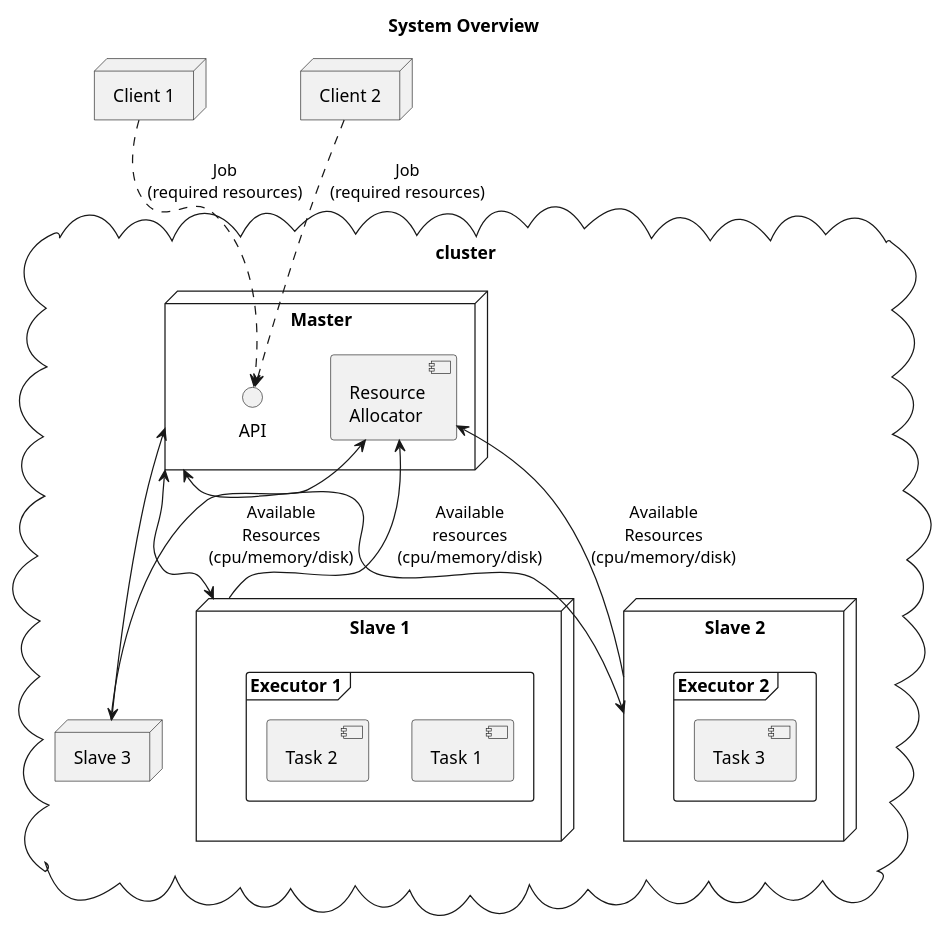
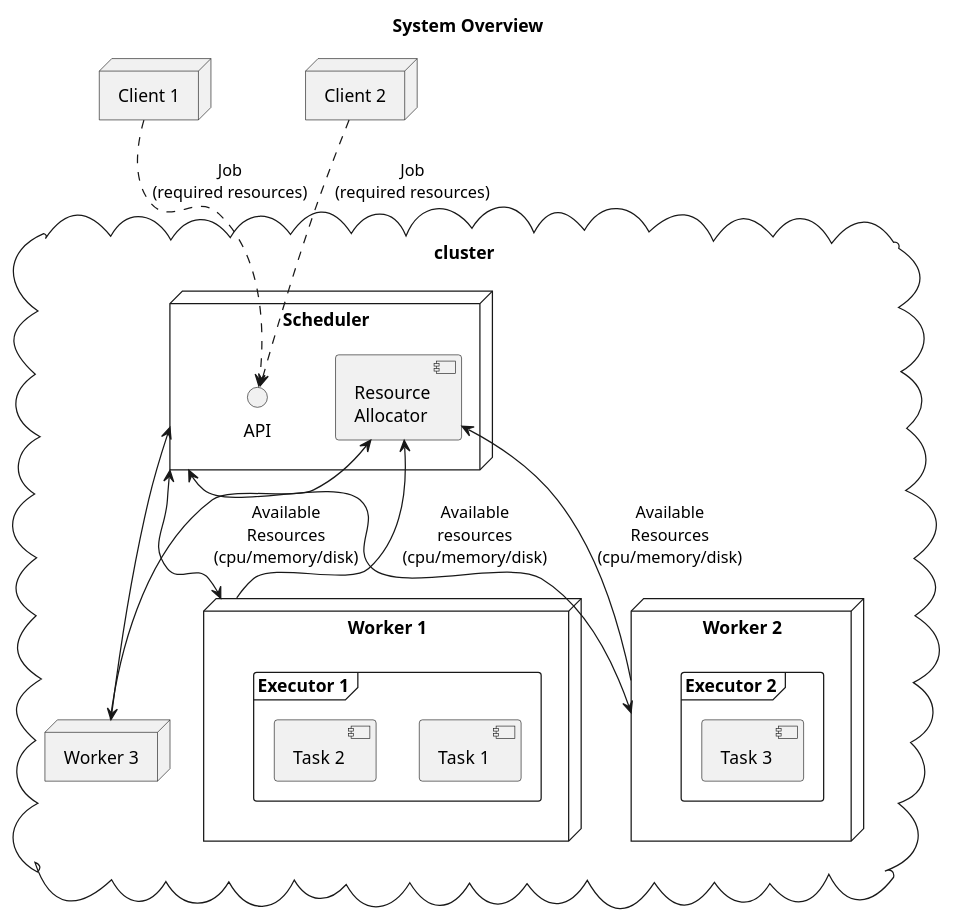
One commit to a-palchikov/kron changed the diagram in model/design.puml. Above: the diagram before and after it, drawn with PlantUML. The commit also changed 1 other file, not shown here.

```diff
--- a/model/design.puml
+++ b/model/design.puml
@@ -1,39 +1,39 @@
 @startuml
 
 title System Overview
 
 node "Client 1" as C1
 node "Client 2" as C2
 
 cloud "cluster" {
-  node Master as M {
+  node Scheduler as M {
     interface API as iface_SchedApi
     [Resource\nAllocator] as comp_Allocator
   }
-  node "Slave 1" as S1 {
+  node "Worker 1" as S1 {
     frame "Executor 1" {
       [Task 1]
       [Task 2]
     }
   }
-  node "Slave 2" as S2 {
+  node "Worker 2" as S2 {
     frame "Executor 2" {
       [Task 3]
     }
   }
-  node "Slave 3" as S3 {
+  node "Worker 3" as S3 {
   }
 
   S1 -up-> comp_Allocator : Available\nresources\n(cpu/memory/disk)
   S2 -up-> comp_Allocator : Available\nResources\n(cpu/memory/disk)
   S3 -up-> comp_Allocator : Available\nResources\n(cpu/memory/disk)
 
   S1 <-up-> M
   S2 <-up-> M
   S3 <-up-> M
 }
 
 C1 .down.> iface_SchedApi : "Job\n(required resources)"
 C2 .down.> iface_SchedApi : "Job\n(required resources)"
 
 @enduml
```
